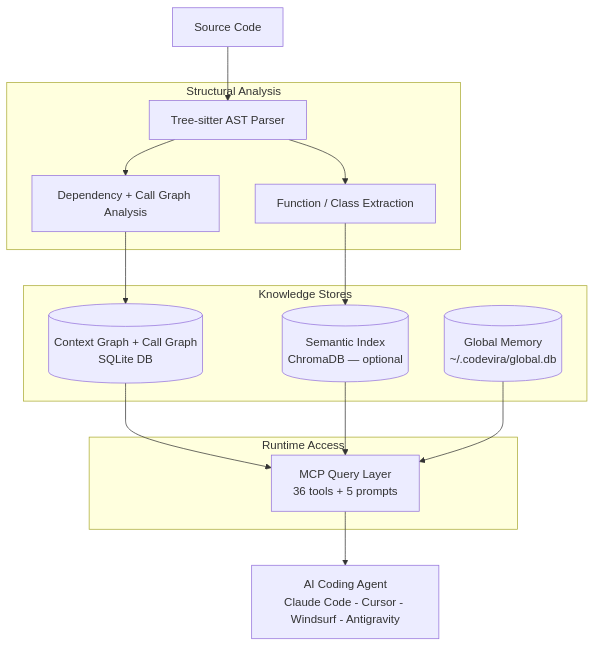
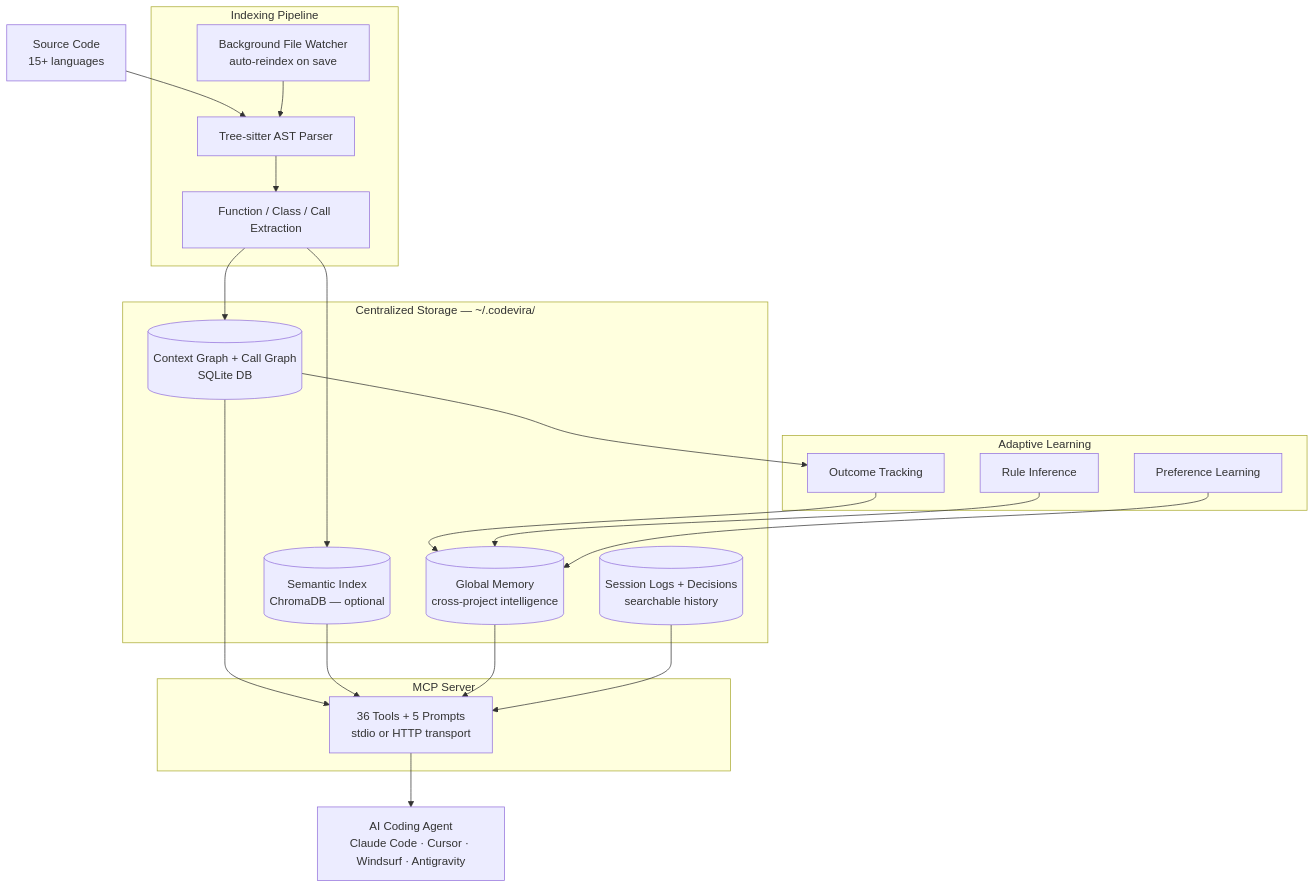
One commit to sachinshelke/codevira changed the third of 3 diagrams in README.md. Above: the diagram before and after it, drawn with Mermaid. The commit also changed other lines of this file, not shown here.

Commit message:
docs: redesign all Mermaid diagrams for v1.6.1 architecture
Replaced 2 outdated diagrams with 3 accurate ones:

1. Setup Flow (NEW): pipx install → register → open project → auto-init
   Shows the actual zero-friction user journey.

2. Agent Session Lifecycle (REWRITTEN): get_session_context() as the
   single orientation call (replaces 4 separate calls). Shows the
   work loop with refresh_index and session-end handoff.

3. Architecture (REWRITTEN from "Code Intelligence Model"):
   - Added background file watcher (auto-reindex on save)
   - Added adaptive learning layer (outcome tracking, rule inference,
     preference learning)
   - Shows centralized storage (~/.codevira/) with all 4 knowledge stores
   - Shows MCP server with transport options (stdio/HTTP)
   - Removed the old linear pipeline that didn't show the full system

````diff
--- a/README.md
+++ b/README.md
@@ -247,36 +252,49 @@
 ```mermaid
 flowchart TB
 
-A[Source Code]
+A[Source Code\n15+ languages]
 
-subgraph Structural Analysis
+subgraph "Indexing Pipeline"
 B[Tree-sitter AST Parser]
-C[Function / Class Extraction]
-D[Dependency + Call Graph Analysis]
+C[Function / Class / Call Extraction]
+D[Background File Watcher\nauto-reindex on save]
 end
 
-subgraph Knowledge Stores
-E[(Semantic Index\nChromaDB — optional)]
-F[(Context Graph + Call Graph\nSQLite DB)]
-G[(Global Memory\n~/.codevira/global.db)]
+subgraph "Centralized Storage — ~/.codevira/"
+E[(Context Graph + Call Graph\nSQLite DB)]
+F[(Semantic Index\nChromaDB — optional)]
+G[(Global Memory\ncross-project intelligence)]
+H[(Session Logs + Decisions\nsearchable history)]
 end
 
-subgraph Runtime Access
-H[MCP Query Layer\n36 tools + 5 prompts]
+subgraph "Adaptive Learning"
+I[Outcome Tracking]
+J[Rule Inference]
+K[Preference Learning]
 end
 
-I[AI Coding Agent\nClaude Code - Cursor - Windsurf - Antigravity]
+subgraph "MCP Server"
+L[36 Tools + 5 Prompts\nstdio or HTTP transport]
+end
+
+M[AI Coding Agent\nClaude Code · Cursor · Windsurf · Antigravity]
 
 A --> B
 B --> C
 C --> E
+C --> F
+D --> B
 
-B --> D
-D --> F
+E --> L
+F --> L
+G --> L
+H --> L
 
-F --> H
-E --> H
-G --> H
+I --> G
+J --> G
+K --> G
 
-H --> I
+E --> I
+
+L --> M
 ```
````
